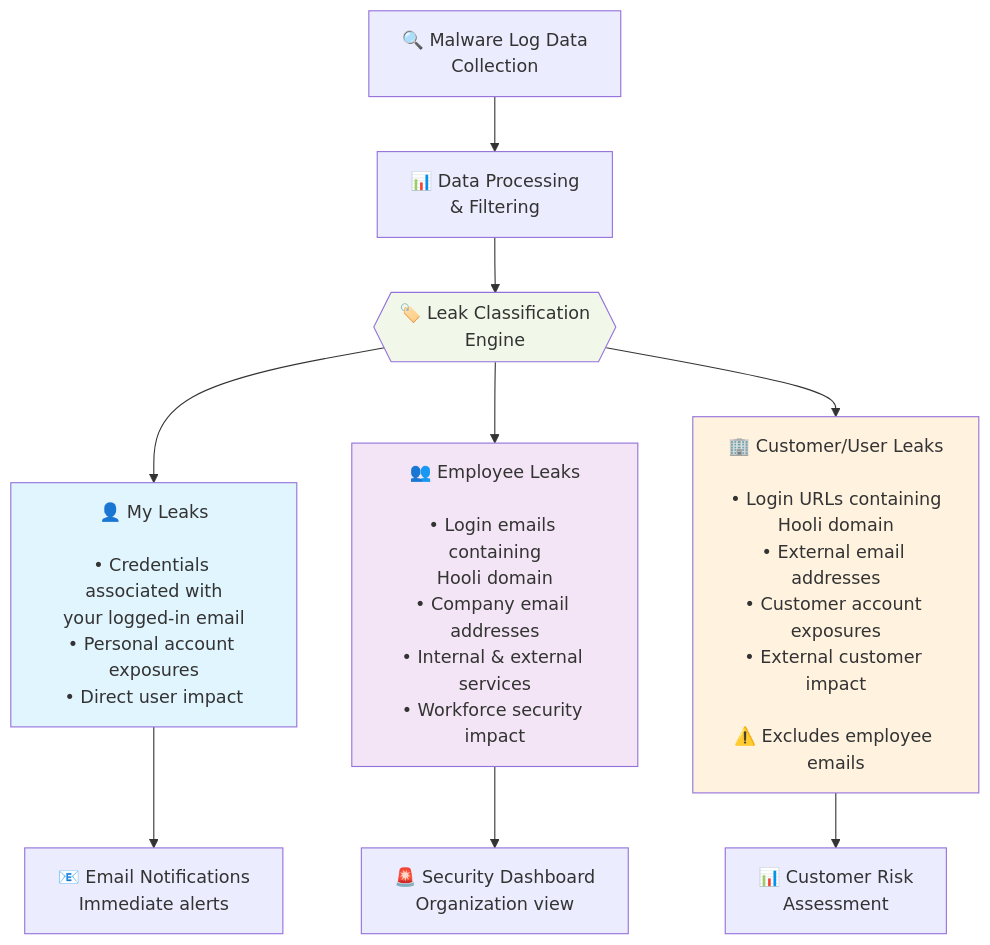
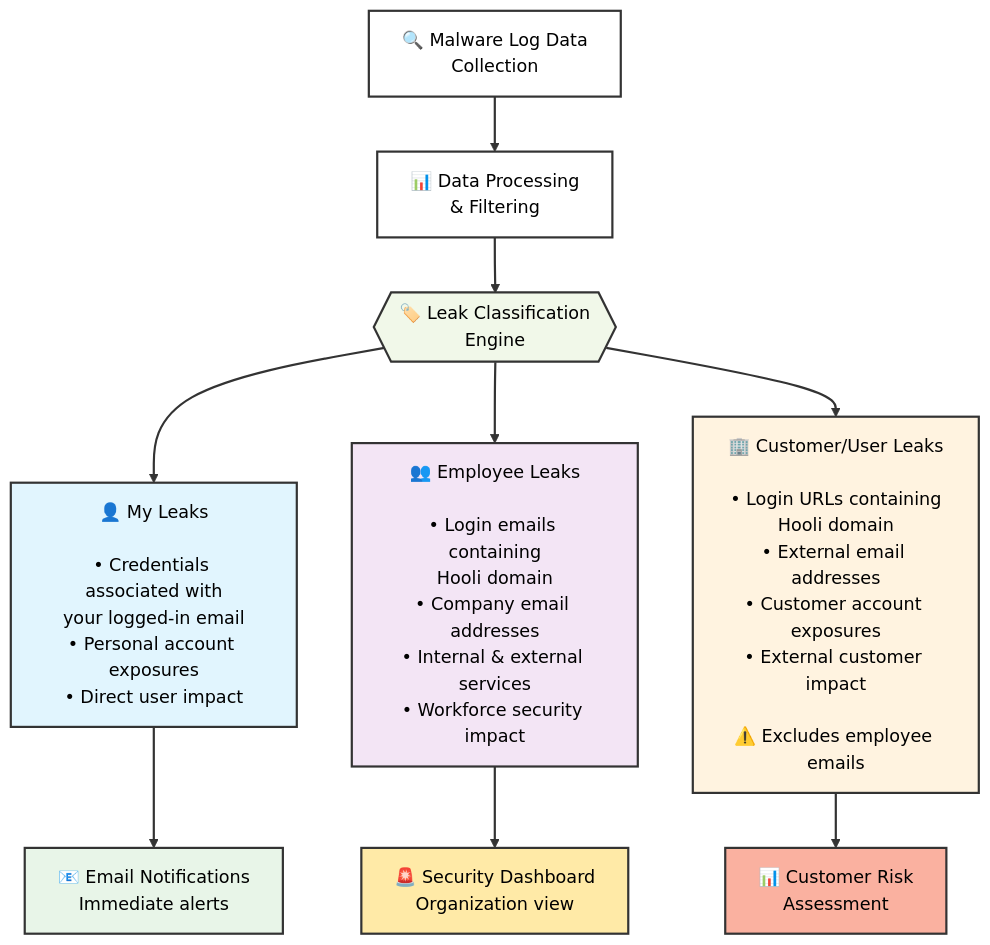
One commit to projectdiscovery/docs changed the diagram in cloud/credential-monitoring.mdx. Above: the diagram before and after it, drawn with Mermaid.

Commit message:
fix css issue in dark mode

````diff
--- a/cloud/credential-monitoring.mdx
+++ b/cloud/credential-monitoring.mdx
@@ -84,21 +84,36 @@
 ```mermaid
 flowchart TD
     A["🔍 Malware Log Data<br/>Collection"] --> B["📊 Data Processing<br/>& Filtering"]
     
     B --> C{{"🏷️ Leak Classification<br/>Engine"}}
     
     C --> D["👤 My Leaks<br/><br/>• Credentials associated with<br/>your logged-in email<br/>• Personal account exposures<br/>• Direct user impact"]
     
     C --> E["👥 Employee Leaks<br/><br/>• Login emails containing<br/>Hooli domain<br/>• Company email addresses<br/>• Internal & external services<br/>• Workforce security impact"]
     
     C --> F["🏢 Customer/User Leaks<br/><br/>• Login URLs containing<br/>Hooli domain<br/>• External email addresses<br/>• Customer account exposures<br/>• External customer impact<br/><br/>⚠️ Excludes employee emails"]
     
     D --> G["📧 Email Notifications<br/>Immediate alerts"]
     E --> H["🚨 Security Dashboard<br/>Organization view"]
     F --> I["📊 Customer Risk<br/>Assessment"]
     
-    style D fill:#e1f5fe
-    style E fill:#f3e5f5
-    style F fill:#fff3e0
-    style C fill:#f1f8e9
+    style D fill:#e1f5fe,stroke:#333,stroke-width:2px,color:#000
+    style E fill:#f3e5f5,stroke:#333,stroke-width:2px,color:#000
+    style F fill:#fff3e0,stroke:#333,stroke-width:2px,color:#000
+    style C fill:#f1f8e9,stroke:#333,stroke-width:2px,color:#000
+    style A fill:#ffffff,stroke:#333,stroke-width:2px,color:#000
+    style B fill:#ffffff,stroke:#333,stroke-width:2px,color:#000
+    style G fill:#e8f5e8,stroke:#333,stroke-width:2px,color:#000
+    style H fill:#ffeaa7,stroke:#333,stroke-width:2px,color:#000
+    style I fill:#fab1a0,stroke:#333,stroke-width:2px,color:#000
+    
+    linkStyle default stroke:#333,stroke-width:2px
+    linkStyle 0 stroke:#333,stroke-width:2px
+    linkStyle 1 stroke:#333,stroke-width:2px
+    linkStyle 2 stroke:#333,stroke-width:2px
+    linkStyle 3 stroke:#333,stroke-width:2px
+    linkStyle 4 stroke:#333,stroke-width:2px
+    linkStyle 5 stroke:#333,stroke-width:2px
+    linkStyle 6 stroke:#333,stroke-width:2px
+    linkStyle 7 stroke:#333,stroke-width:2px
 ```
````
